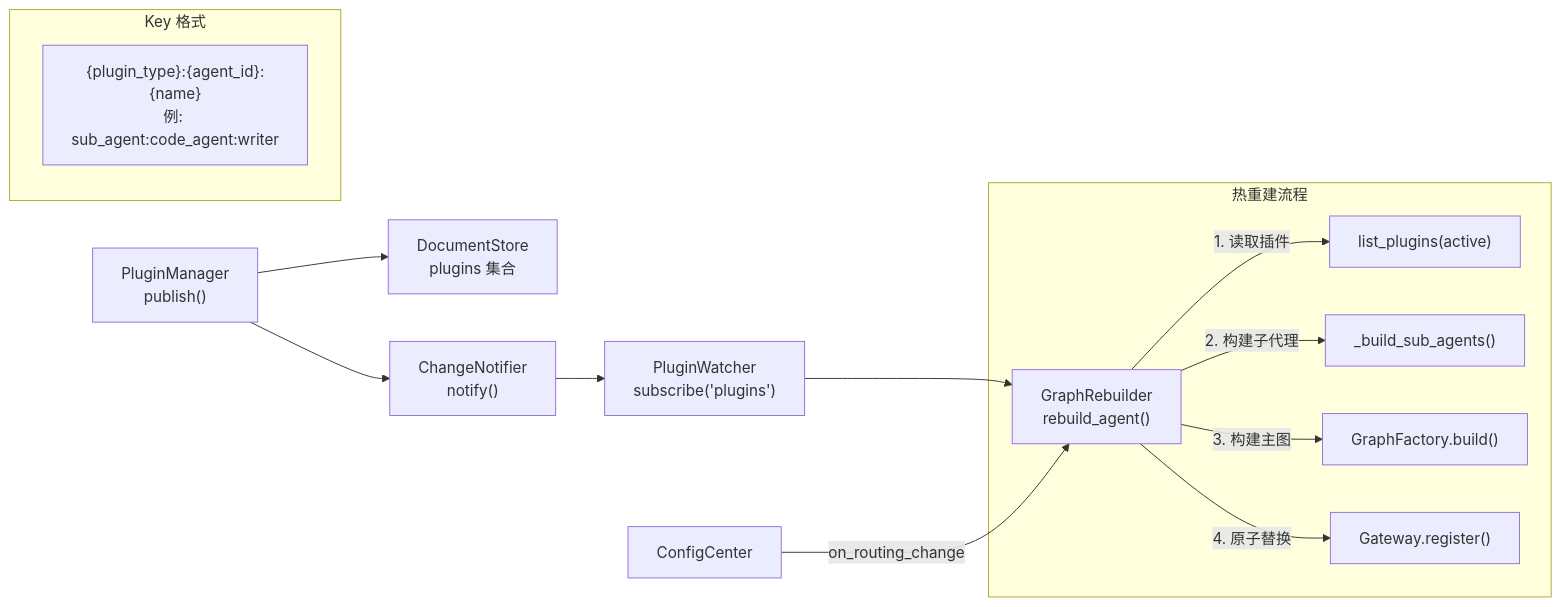
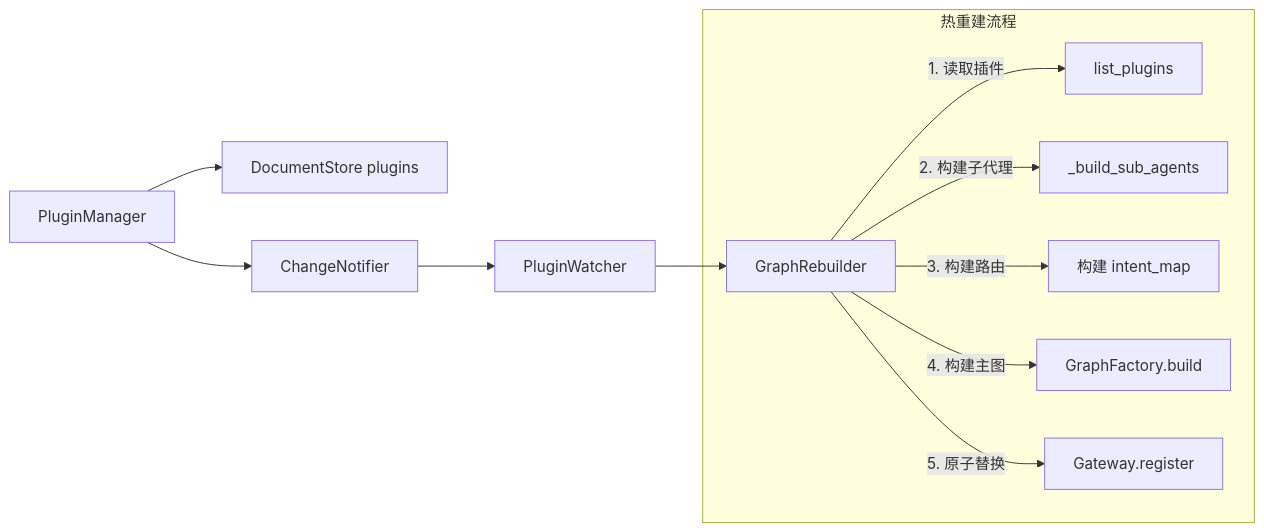
Before and after one commit to heelynn/artipivot: the diagram in doc/modules/plugins.md, drawn with Mermaid. The commit also changed other lines of this file and 64 other files, not shown here.

````diff
--- a/doc/modules/plugins.md
+++ b/doc/modules/plugins.md
@@ -5,21 +5,16 @@
 ```mermaid
 flowchart LR
-    PM["PluginManager<br/>publish()"] --> DS["DocumentStore<br/>plugins 集合"]
-    PM --> CN["ChangeNotifier<br/>notify()"]
+    PM["PluginManager"] --> DS["DocumentStore plugins"]
+    PM --> CN["ChangeNotifier"]
 
-    CN --> PW["PluginWatcher<br/>subscribe('plugins')"]
-    PW --> GR["GraphRebuilder<br/>rebuild_agent()"]
+    CN --> PW["PluginWatcher"]
+    PW --> GR["GraphRebuilder"]
 
     subgraph Rebuild["热重建流程"]
-        GR --> |"1. 读取插件"| List["list_plugins(active)"]
-        GR --> |"2. 构建子代理"| Subs["_build_sub_agents()"]
-        GR --> |"3. 构建主图"| Factory["GraphFactory.build()"]
-        GR --> |"4. 原子替换"| GW["Gateway.register()"]
-    end
-
-    CC["ConfigCenter"] --> |"on_routing_change"| GR
-
-    subgraph Key["Key 格式"]
-        Format["{plugin_type}:{agent_id}:{name}<br/>例: sub_agent:code_agent:writer"]
+        GR -->|"1. 读取插件"| List["list_plugins"]
+        GR -->|"2. 构建子代理"| Subs["_build_sub_agents"]
+        GR -->|"3. 构建路由"| IM["构建 intent_map"]
+        GR -->|"4. 构建主图"| Factory["GraphFactory.build"]
+        GR -->|"5. 原子替换"| GW["Gateway.register"]
     end
 ```
````
